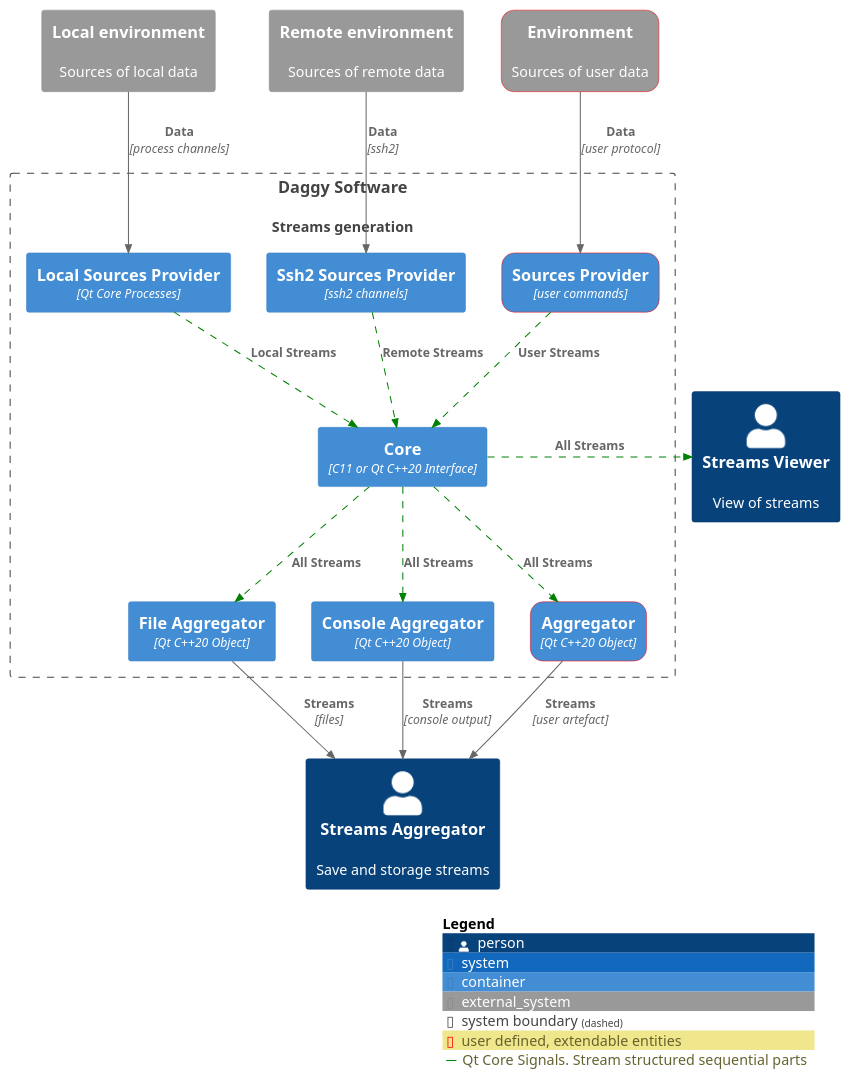
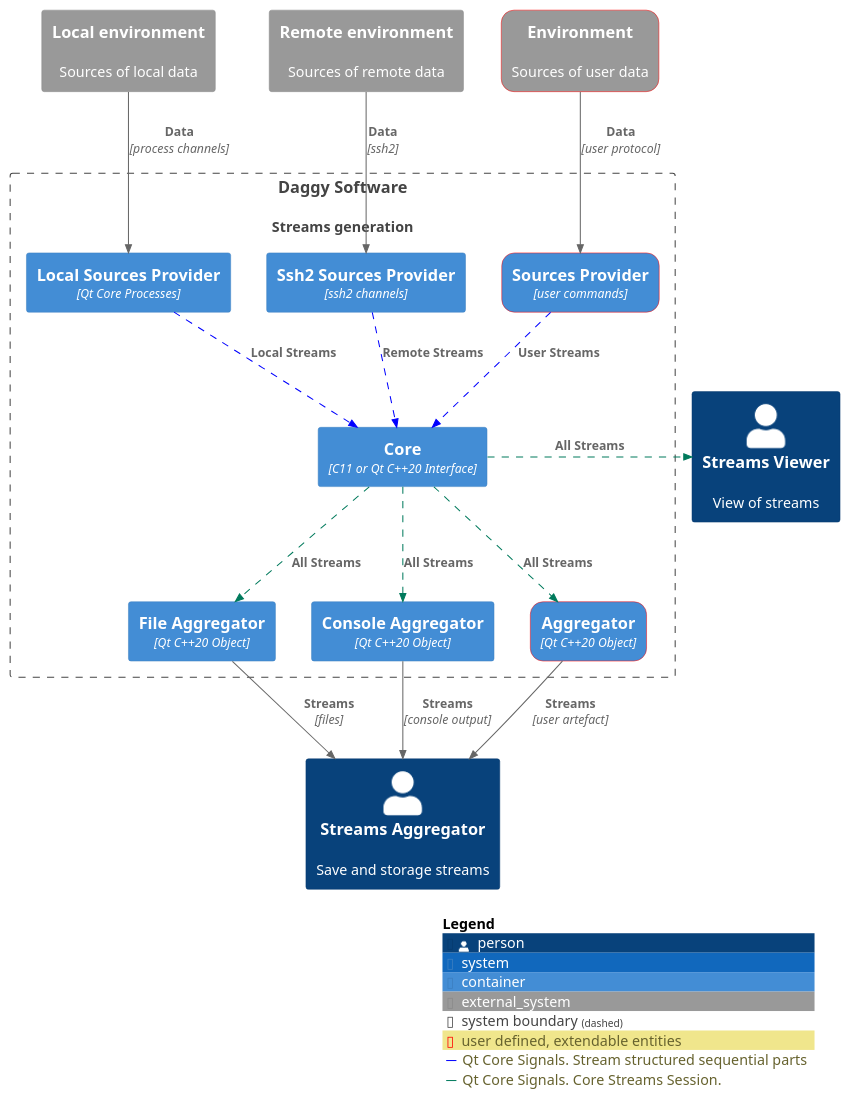
The diagram in src/docs/daggy_c4_L2.plantuml (synacker/daggy), drawn with PlantUML before and after one commit. The commit also changed 5 other files, not shown here.

```diff
--- a/src/docs/daggy_c4_L2.plantuml
+++ b/src/docs/daggy_c4_L2.plantuml
@@ -1,43 +1,44 @@
 @startuml C4_Elements
 !include https://raw.githubusercontent.com/plantuml-stdlib/C4-PlantUML/master/C4_Container.puml
 
 AddElementTag("user_defined", $borderColor="red", $shape=RoundedBoxShape(), $legendText="user defined, extendable entities")
-AddRelTag("qtsignals", $lineColor="green", $lineStyle = DashedLine(), $legendText="Qt Core Signals. Stream structured sequential parts")
+AddRelTag("qtsignals", $lineColor="blue", $lineStyle = DashedLine(), $legendText="Qt Core Signals. Stream structured sequential parts")
+AddRelTag("session", $lineColor="#007A5C", $lineStyle = DashedLine(), $legendText="Qt Core Signals. Core Streams Session.")
 
 Person(aggregator, "Streams Aggregator", "Save and storage streams")
 Person(viewer, "Streams Viewer", "View of streams")
 
 System_Ext(system_local_environment, "Local environment", "Sources of local data")
 System_Ext(system_remote_environment, "Remote environment", "Sources of remote data")
 System_Ext(system_user_defined_environment, "Environment", "Sources of user data", $tags="user_defined")
 System(system_daggy, "Daggy Software", "Streams generation")
 
 System_Boundary(system_daggy, "Daggy Software"){
     Container(provider_local, "Local Sources Provider", "Qt Core Processes")
     Container(provider_ssh2, "Ssh2 Sources Provider", "ssh2 channels")
     Container(provider_user, "Sources Provider", "user commands", $tags="user_defined")
     Container(core, "Core", "C11 or Qt C++20 Interface")
     Container(aggregator_file, "File Aggregator", "Qt C++20 Object")
     Container(aggregator_console, "Console Aggregator", "Qt C++20 Object")
     Container(aggregator_user, "Aggregator", "Qt C++20 Object", $tags="user_defined")
 }
 
 Rel(system_local_environment, provider_local, "Data", "process channels")
 Rel(system_remote_environment, provider_ssh2, "Data", "ssh2")
 Rel(system_user_defined_environment, provider_user, "Data", "user protocol")
 
 Rel(provider_local, core, "Local Streams", "", $tags="qtsignals")
 Rel(provider_ssh2, core, "Remote Streams", "", $tags="qtsignals")
 Rel(provider_user, core, "User Streams", "", $tags="qtsignals")
 
-Rel(core, aggregator_file, "All Streams", "", $tags="qtsignals")
-Rel(core, aggregator_console, "All Streams", "", $tags="qtsignals")
-Rel(core, aggregator_user, "All Streams", "", $tags="qtsignals")
+Rel(core, aggregator_file, "All Streams", "", $tags="session")
+Rel(core, aggregator_console, "All Streams", "", $tags="session")
+Rel(core, aggregator_user, "All Streams", "", $tags="session")
 
 Rel(aggregator_file, aggregator, "Streams", "files")
 Rel(aggregator_console, aggregator, "Streams", "console output")
 Rel(aggregator_user, aggregator, "Streams", "user artefact")
-Rel_R(core, viewer, "All Streams", "", $tags="qtsignals")
+Rel_R(core, viewer, "All Streams", "", $tags="session")
 
 SHOW_LEGEND()
 @enduml
```
